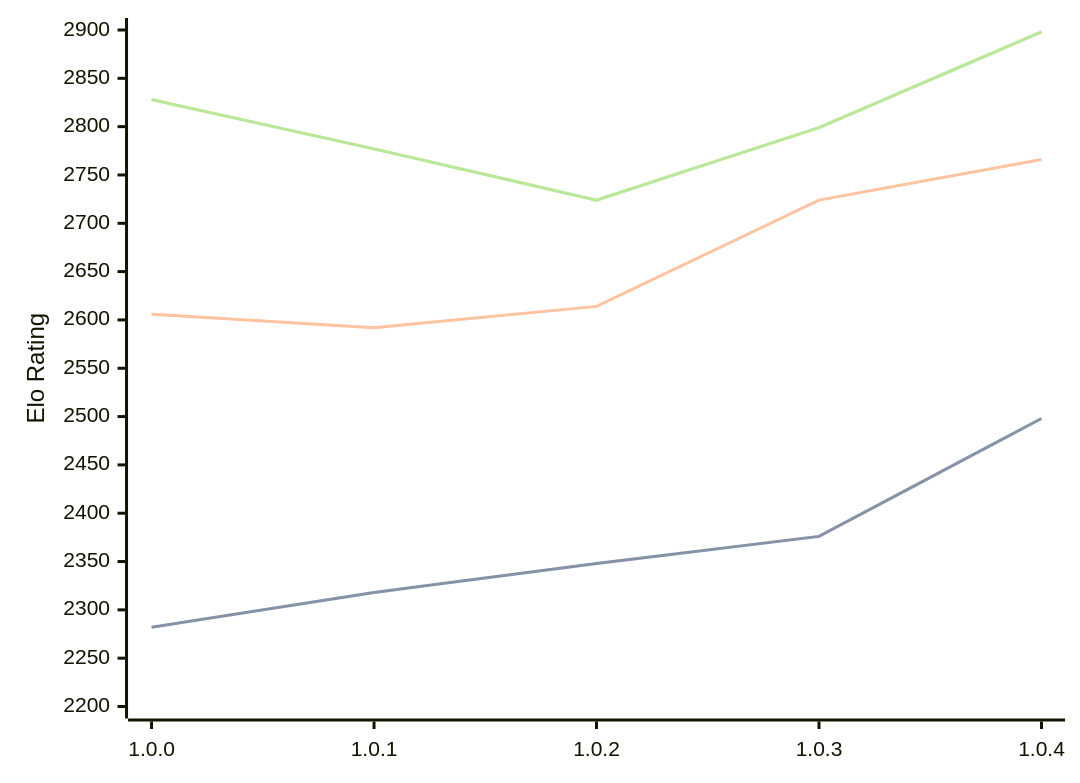
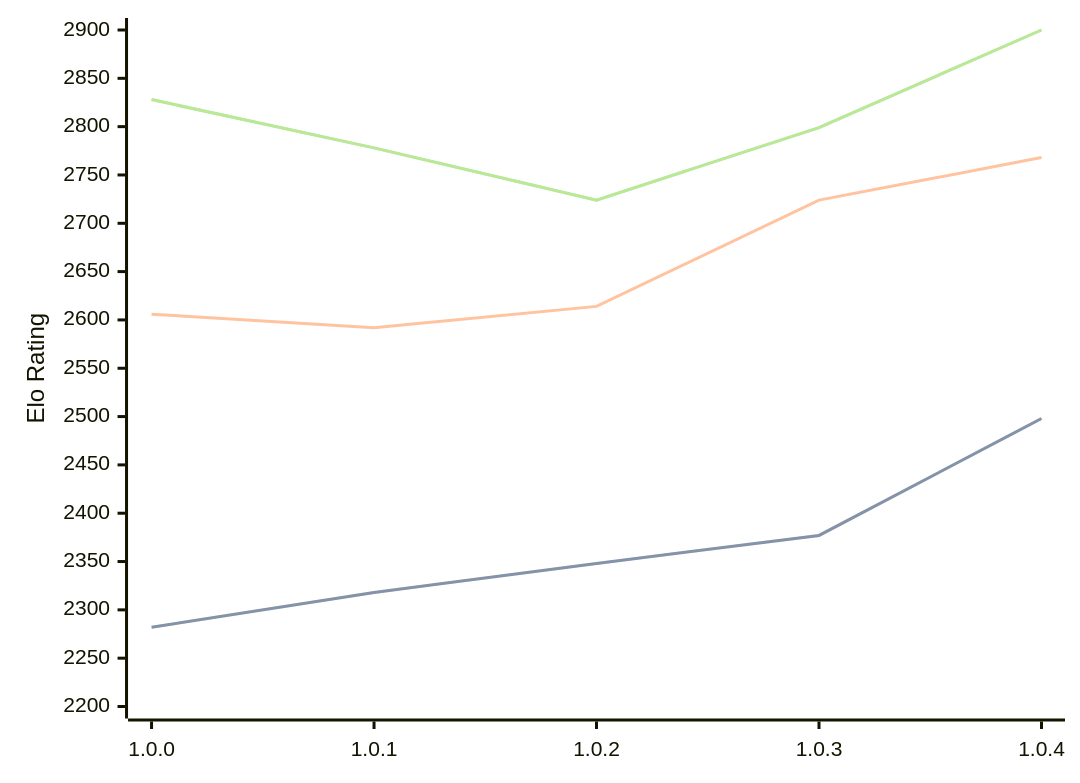
One commit to computer-chess-index/cci changed the diagram in engines/Grail.md. Above: the diagram before and after it, drawn with Mermaid. The commit also changed other lines of this file, not shown here.

Commit message:
Update CCI Ratings (ELO VLTC) - 2026-02-19

````diff
--- a/engines/Grail.md
+++ b/engines/Grail.md
@@ -32,11 +32,11 @@
 ```mermaid
 %%{init: {"theme":"base","themeVariables":{"seriesColors:['#a3a3a3','#222221','#faa371']}}}%%
 xychart-beta
   x-axis ["1.0.0", "1.0.1", "1.0.2", "1.0.3", "1.0.4"]
   y-axis "Elo Rating" 2200 --> 2900
-  line "STC (8.0+0.08s)" [2282, 2318, 2348, 2376, 2498]
-  line "STC (8.0+0.08s)" [2282, 2318, 2348, 2376, 2498]
-  line "LTC (60.0+0.60s)" [2606, 2592, 2614, 2724, 2766]
-  line "VLTC (2m24s+1.12s)" [2828, 2777, 2724, 2799, 2898]
-  line "VLTC (2m24s+1.12s)" [2828, 2777, 2724, 2799, 2898]
+  line "STC (8.0+0.08s)" [2282, 2318, 2348, 2377, 2498]
+  line "STC (8.0+0.08s)" [2282, 2318, 2348, 2377, 2498]
+  line "LTC (60.0+0.60s)" [2606, 2592, 2614, 2724, 2768]
+  line "VLTC (2m24s+1.12s)" [2828, 2778, 2724, 2799, 2900]
+  line "VLTC (2m24s+1.12s)" [2828, 2778, 2724, 2799, 2900]
 ```
````
